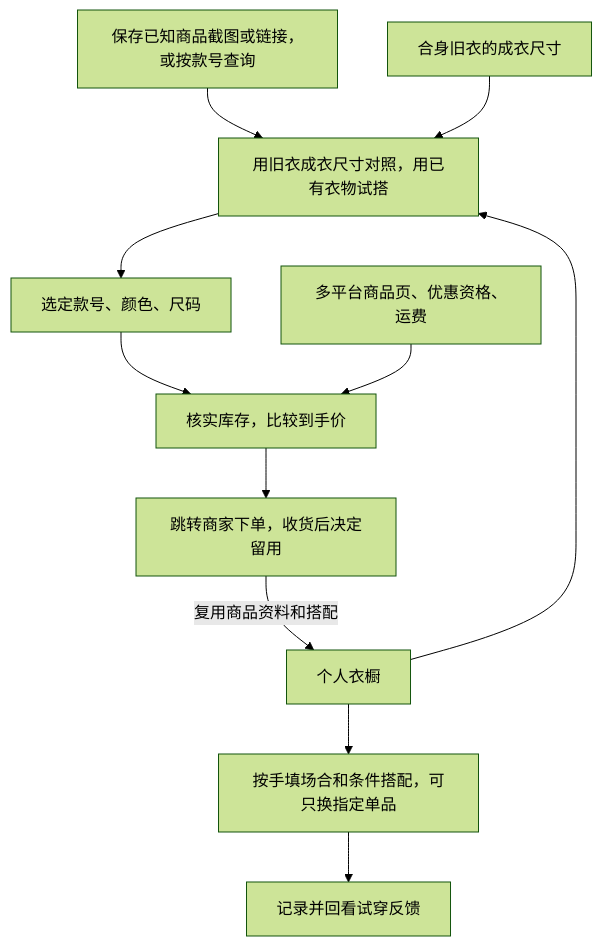
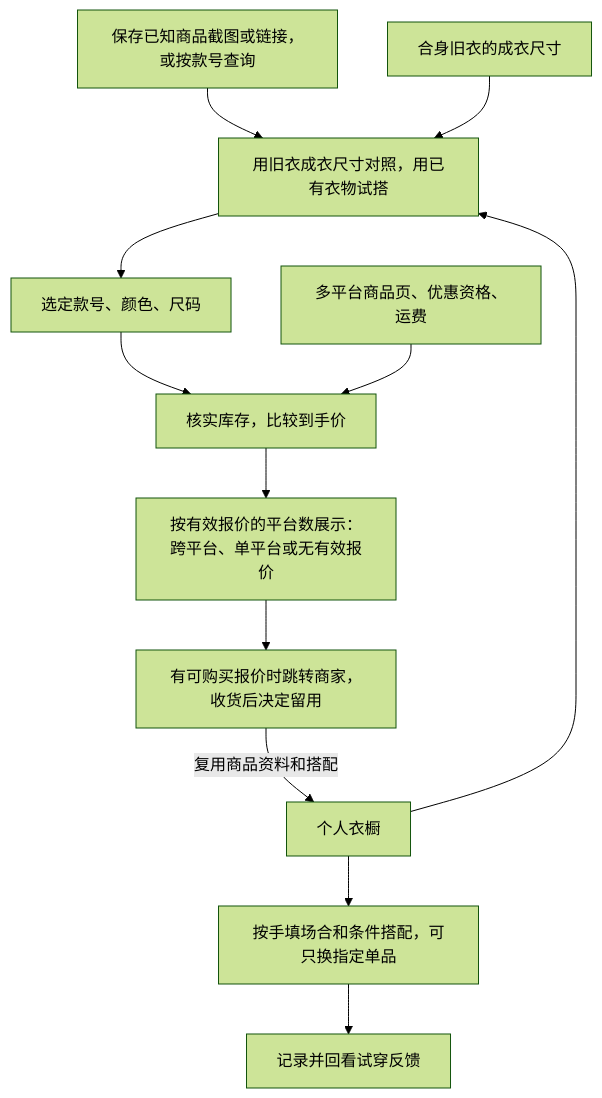
One commit to MXH814/DressWell changed the diagram in README.md. Above: the diagram before and after it, drawn with Mermaid (forest theme). The commit also changed other lines of this file and 6 other files, not shown here.

````diff
--- a/README.md
+++ b/README.md
@@ -41,13 +41,14 @@
 ```mermaid
 flowchart TD
     I["保存已知商品截图或链接，或按款号查询"] --> F["用旧衣成衣尺寸对照，用已有衣物试搭"]
     P["合身旧衣的成衣尺寸"] --> F
     W["个人衣橱"] --> F
     F --> S["选定款号、颜色、尺码"]
     S --> C["核实库存，比较到手价"]
     Q["多平台商品页、优惠资格、运费"] --> C
-    C --> B["跳转商家下单，收货后决定留用"]
+    C --> R["按有效报价的平台数展示：跨平台、单平台或无有效报价"]
+    R --> B["有可购买报价时跳转商家，收货后决定留用"]
     B -->|"复用商品资料和搭配"| W
     W --> D["按手填场合和条件搭配，可只换指定单品"]
     D --> H["记录并回看试穿反馈"]
 ```
````
